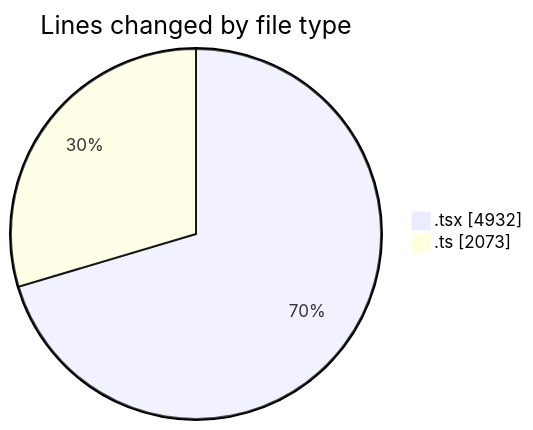
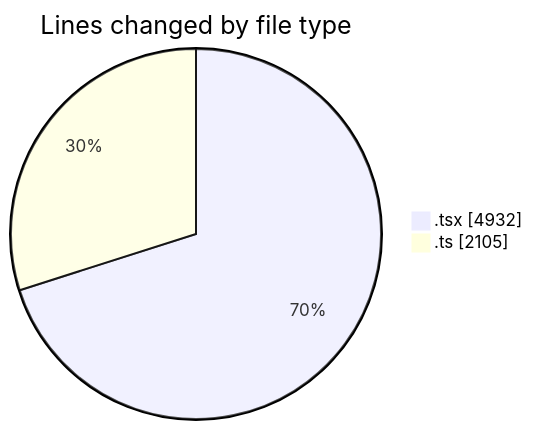
Before and after one commit to nxtqubesakshisongat/code-tracking: the first of 2 diagrams in 2026-02-26/nxtqube_webapp/README.md, drawn with Mermaid. The commit also changed other lines of this file and 1 other file, not shown here.

````diff
--- a/2026-02-26/nxtqube_webapp/README.md
+++ b/2026-02-26/nxtqube_webapp/README.md
@@ -33,6 +33,6 @@
 ```mermaid
 pie showData
 title Lines changed by file type
 ".tsx" : 4932
-".ts" : 2073
+".ts" : 2105
 ```
````
